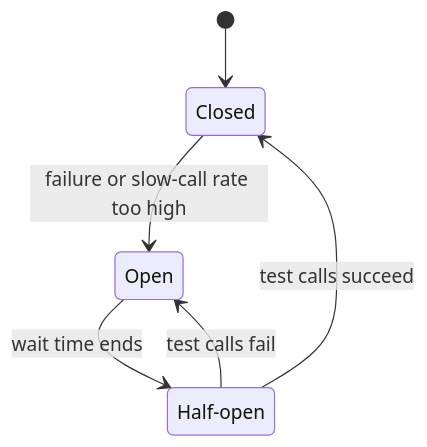
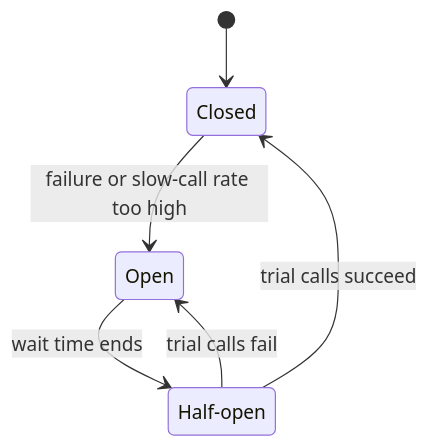
Before and after one commit to jubin-techwiz/learning: the second of 2 diagrams in notes/01-resilience/05-circuit-breaker.md, drawn with Mermaid. The commit also changed other lines of this file and 11 other files, not shown here.

````diff
--- a/notes/01-resilience/05-circuit-breaker.md
+++ b/notes/01-resilience/05-circuit-breaker.md
@@ -38,9 +71,9 @@
 ```mermaid
 stateDiagram-v2
     [*] --> Closed
     Closed --> Open: failure or slow-call rate too high
     Open --> HalfOpen: wait time ends
-    HalfOpen --> Closed: test calls succeed
-    HalfOpen --> Open: test calls fail
+    HalfOpen --> Closed: trial calls succeed
+    HalfOpen --> Open: trial calls fail
     state "Half-open" as HalfOpen
 ```
````
